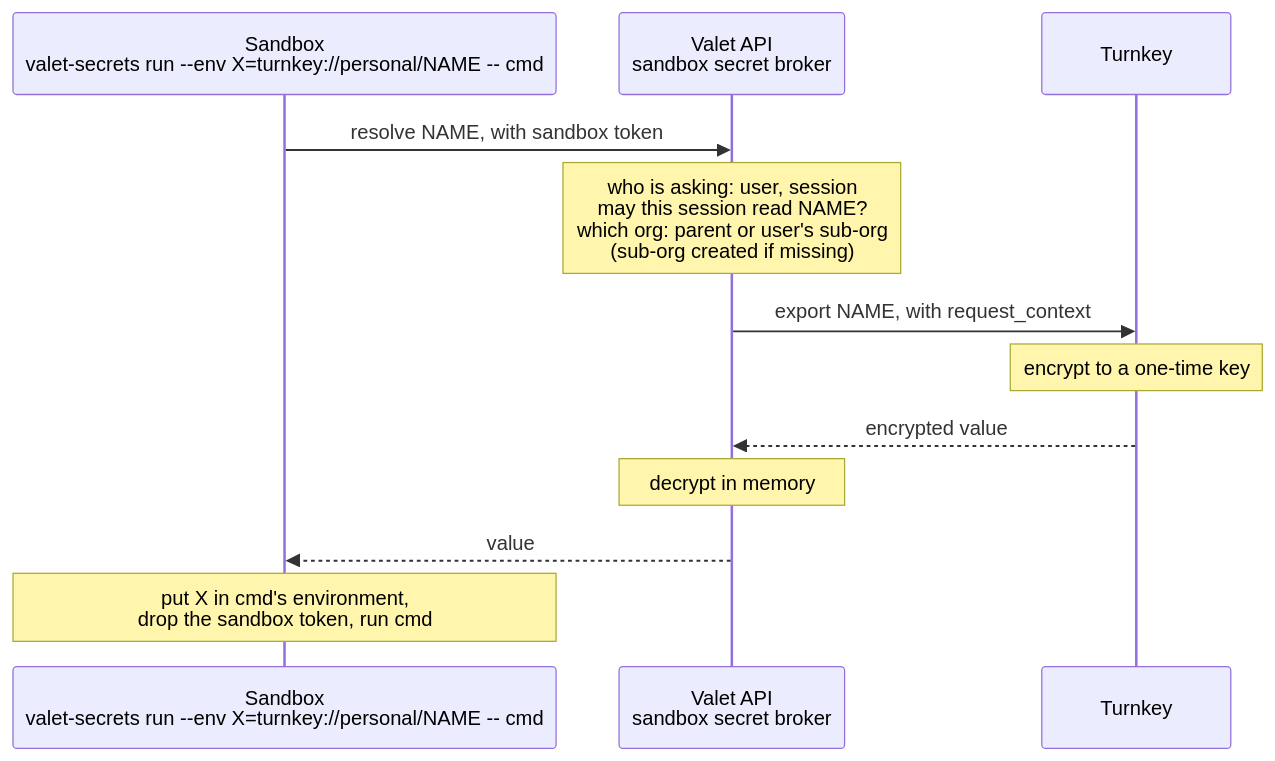
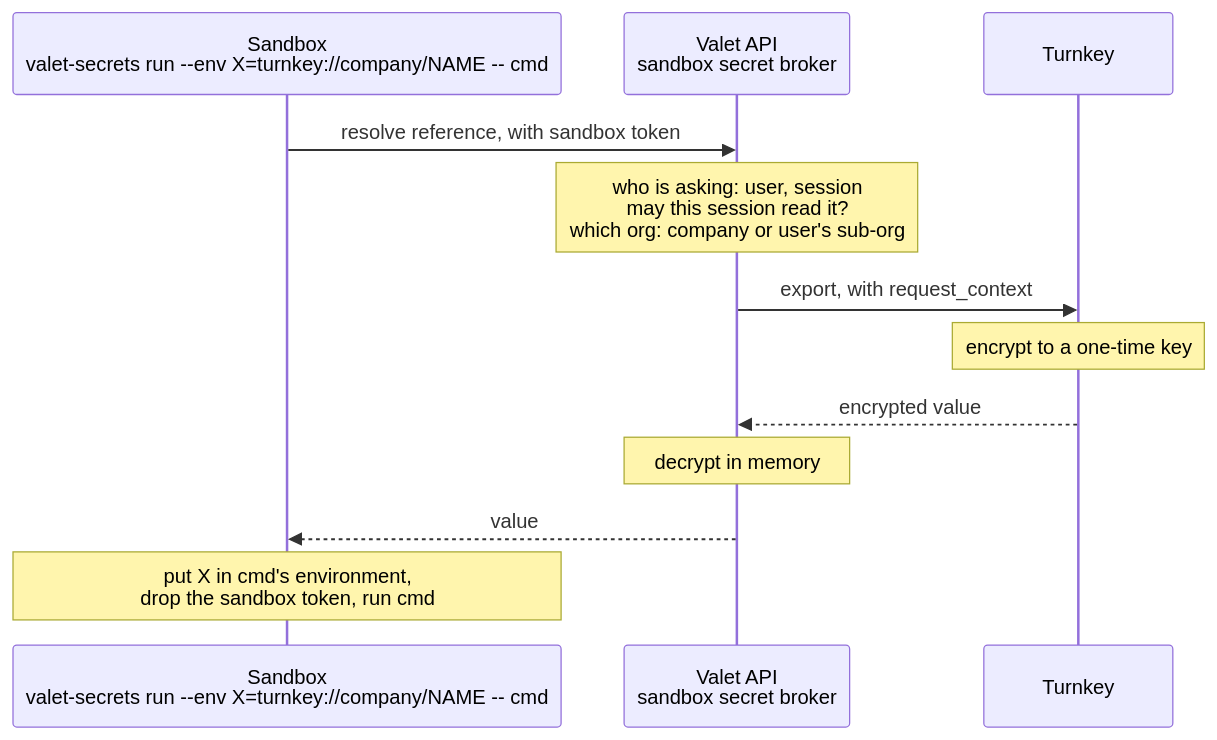
The first of 2 diagrams in docs/specs/2026-10-29-turnkey-secrets-design.md (tkhq/valet), drawn with Mermaid before and after one commit. The commit also changed other lines of this file, not shown here.

Commit message:
Align the Turnkey secrets spec with the phased agent-auth proposal.

````diff
--- a/docs/specs/2026-10-29-turnkey-secrets-design.md
+++ b/docs/specs/2026-10-29-turnkey-secrets-design.md
@@ -34,14 +41,14 @@
 ```mermaid
 sequenceDiagram
-    participant S as Sandbox<br/>valet-secrets run --env X=turnkey://personal/NAME -- cmd
+    participant S as Sandbox<br/>valet-secrets run --env X=turnkey://company/NAME -- cmd
     participant V as Valet API<br/>sandbox secret broker
     participant T as Turnkey
-    S->>V: resolve NAME, with sandbox token
-    Note over V: who is asking: user, session<br/>may this session read NAME?<br/>which org: parent or user's sub-org<br/>(sub-org created if missing)
-    V->>T: export NAME, with request_context
+    S->>V: resolve reference, with sandbox token
+    Note over V: who is asking: user, session<br/>may this session read it?<br/>which org: company or user's sub-org
+    V->>T: export, with request_context
     Note over T: encrypt to a one-time key
     T-->>V: encrypted value
     Note over V: decrypt in memory
     V-->>S: value
     Note over S: put X in cmd's environment,<br/>drop the sandbox token, run cmd
 ```
````
